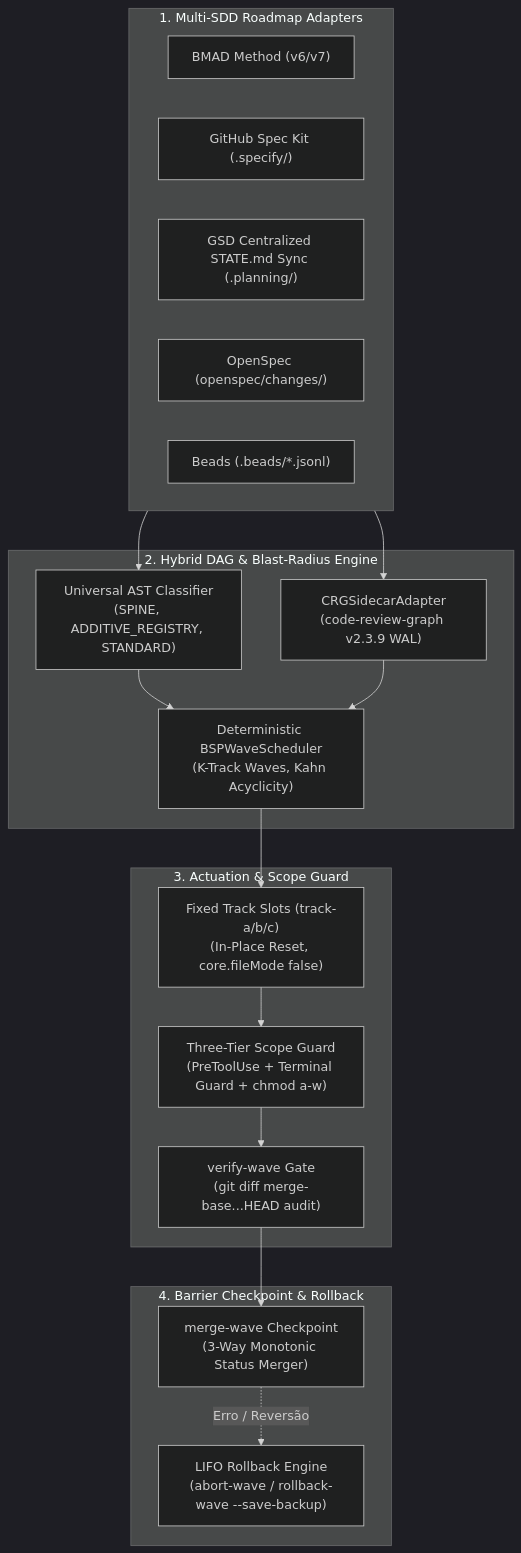
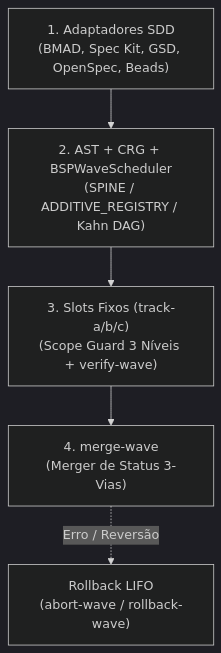
Before and after one commit to stopActingSoSmall/sdd-parallel: the diagram in docs/i18n/pt-BR/README.md, drawn with Mermaid (dark theme). The commit also changed other lines of this file and 8 other files, not shown here.

````diff
--- a/docs/i18n/pt-BR/README.md
+++ b/docs/i18n/pt-BR/README.md
@@ -587,34 +238,7 @@
 ```mermaid
 flowchart TD
-    subgraph Inputs["1. Multi-SDD Roadmap Adapters"]
-        BMAD["BMAD Method (v6/v7)"]
-        SpecKit["GitHub Spec Kit (.specify/)"]
-        GSD["GSD Centralized STATE.md Sync (.planning/)"]
-        OpenSpec["OpenSpec (openspec/changes/)"]
-        Beads["Beads (.beads/*.jsonl)"]
-    end
-
-    subgraph Engine["2. Hybrid DAG & Blast-Radius Engine"]
-        AST["Universal AST Classifier\n(SPINE, ADDITIVE_REGISTRY, STANDARD)"]
-        CRG["CRGSidecarAdapter\n(code-review-graph v2.3.9 WAL)"]
-        BSP["Deterministic BSPWaveScheduler\n(K-Track Waves, Kahn Acyclicity)"]
-    end
-
-    subgraph Actuation["3. Actuation & Scope Guard"]
-        Slots["Fixed Track Slots (track-a/b/c)\n(In-Place Reset, core.fileMode false)"]
-        Guard["Three-Tier Scope Guard\n(PreToolUse + Terminal Guard + chmod a-w)"]
-        Verify["verify-wave Gate\n(git diff merge-base...HEAD audit)"]
-    end
-
-    subgraph Barrier["4. Barrier Checkpoint & Rollback"]
-        Merge["merge-wave Checkpoint\n(3-Way Monotonic Status Merger)"]
-        Rollback["LIFO Rollback Engine\n(abort-wave / rollback-wave --save-backup)"]
-    end
-
-    Inputs --> AST & CRG
-    AST & CRG --> BSP
-    BSP --> Slots
-    Slots --> Guard --> Verify
-    Verify --> Merge
-    Merge -. Erro / Reversão .-> Rollback
+    Inputs["1. Adaptadores SDD\n(BMAD, Spec Kit, GSD, OpenSpec, Beads)"] --> Engine["2. AST + CRG + BSPWaveScheduler\n(SPINE / ADDITIVE_REGISTRY / Kahn DAG)"]
+    Engine --> Actuation["3. Slots Fixos (track-a/b/c)\n(Scope Guard 3 Níveis + verify-wave)"]
+    Actuation --> Barrier["4. merge-wave\n(Merger de Status 3-Vias)"]
+    Barrier -. Erro / Reversão .-> Rollback["Rollback LIFO\n(abort-wave / rollback-wave)"]
 ```
````
